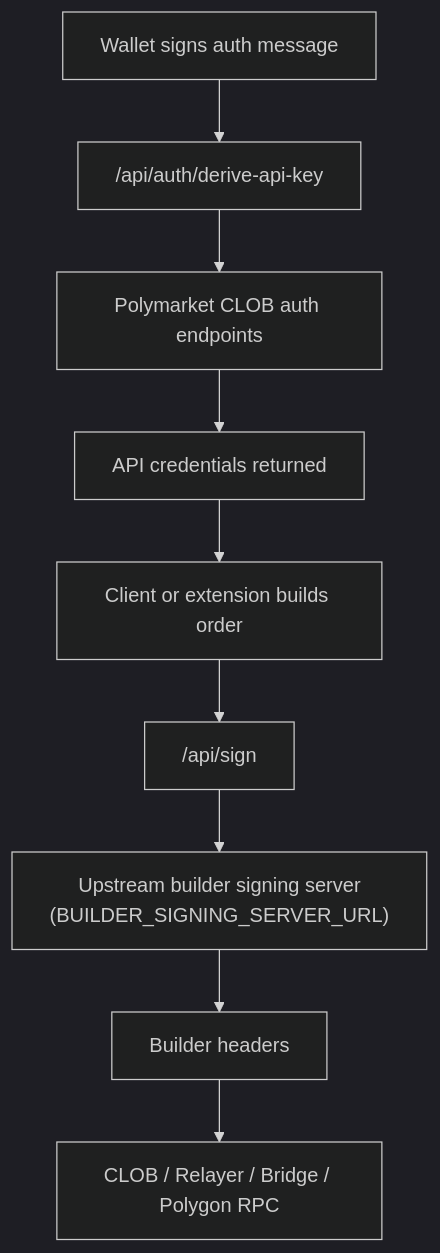
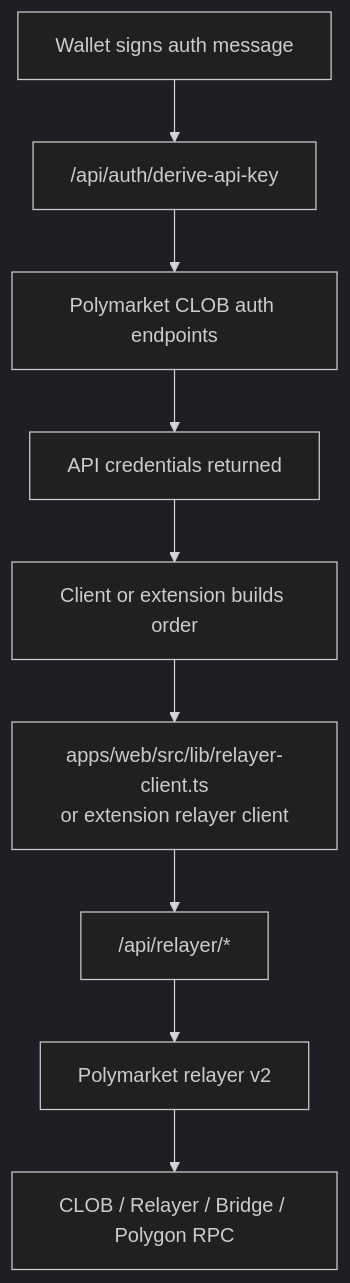
The fourth of 4 diagrams in docs/ARCHITECTURE.md (metatxn/Polycaster), drawn with Mermaid (dark theme) before and after one commit. The commit also changed other lines of this file and 42 other files, not shown here.

````diff
--- a/docs/ARCHITECTURE.md
+++ b/docs/ARCHITECTURE.md
@@ -222,11 +222,11 @@
 ```mermaid
 flowchart TD
     A["Wallet signs auth message"] --> B["/api/auth/derive-api-key"]
     B --> C["Polymarket CLOB auth endpoints"]
     C --> D["API credentials returned"]
     D --> E["Client or extension builds order"]
-    E --> F["/api/sign"]
-    F --> G["Upstream builder signing server\n(BUILDER_SIGNING_SERVER_URL)"]
-    G --> H["Builder headers"]
+    E --> F["apps/web/src/lib/relayer-client.ts\nor extension relayer client"]
+    F --> G["/api/relayer/*"]
+    G --> H["Polymarket relayer v2"]
     H --> I["CLOB / Relayer / Bridge / Polygon RPC"]
 ```
````
